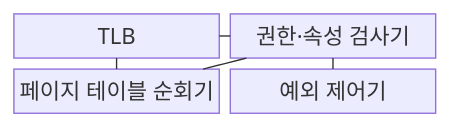
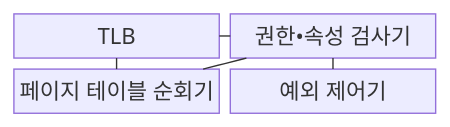
Before and after one commit to agnusdei1207/knowledge-base: the first of 2 diagrams in src/content/docs/notes/02-hardware/020_mmu.md, drawn with Mermaid. The commit also changed other lines of this file and 953 other files, not shown here.

````diff
--- a/src/content/docs/notes/02-hardware/020_mmu.md
+++ b/src/content/docs/notes/02-hardware/020_mmu.md
@@ -69,8 +69,8 @@
 ```mermaid
 block
     columns 2
-    T["TLB"] --- P["권한·속성 검사기"]
+    T["TLB"] --- P["권한•속성 검사기"]
     T --- W["페이지 테이블 순회기"]
     W --- P
     P --- E["예외 제어기"]
 ```
````
